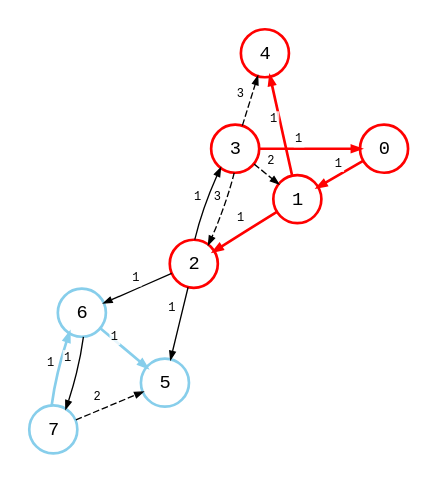
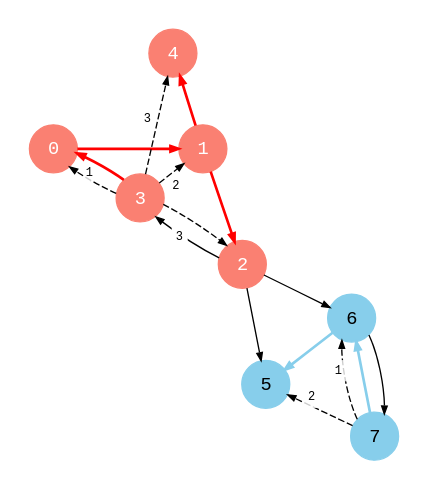
The diagram in src/bfs_dist_distances_multi_source_1-0.91.3.dot (bsdrks/graaf-images), drawn with Graphviz before and after one commit. The commit also changed 3 other files, not shown here.

```diff
--- a/src/bfs_dist_distances_multi_source_1-0.91.3.dot
+++ b/src/bfs_dist_distances_multi_source_1-0.91.3.dot
@@ -3,93 +3,118 @@
     edge [arrowsize=0.6, fontname="monospace", fontsize=9];
     layout=neato;
     mode="sgd";
-    maxiter=200000;
+    maxiter=500000;
     scale=1.2;
     normalize=true;
     pad=0.2;
-
-    3, 0, 1, 2, 4 [style="bold"; color=red];
-    7, 6, 5 [style=bold; color=skyblue];
 
     0 [
         label=<
             <table border="0" cellpadding="1" cellspacing="0">
                 <tr>
-                    <td bgcolor="#ffffffcc">0</td>
+                    <td>0</td>
                 </tr>
             </table>
         >,
-        color=red,
-        style=bold
+        fontcolor=white,
+        color=salmon,
+        style=filled
     ];
 
     1 [
         label=<
             <table border="0" cellpadding="1" cellspacing="0">
                 <tr>
-                    <td bgcolor="#ffffffcc">1</td>
+                    <td>1</td>
                 </tr>
             </table>
         >,
-        color=red,
-        style=bold
+        color=salmon,
+        fontcolor=white,
+        style=filled
     ];
 
     2 [
         label=<
             <table border="0" cellpadding="1" cellspacing="0">
                 <tr>
-                    <td bgcolor="#ffffffcc">2</td>
+                    <td>2</td>
                 </tr>
             </table>
         >,
+        color=salmon,
+        fontcolor=white,
+        style=filled
     ];
 
     3 [
         label=<
             <table border="0" cellpadding="1" cellspacing="0">
                 <tr>
-                    <td bgcolor="#ffffffcc">3</td>
+                    <td>3</td>
                 </tr>
             </table>
         >,
+        color=salmon,
+        fontcolor=white,
+        style=filled
     ];
 
     4 [
         label=<
             <table border="0" cellpadding="1" cellspacing="0">
                 <tr>
-                    <td bgcolor="#ffffffcc">4</td>
+                    <td>4</td>
                 </tr>
             </table>
         >,
+        color=salmon,
+        fontcolor=white,
+        style=filled
     ];
 
     5 [
         label=<
             <table border="0" cellpadding="1" cellspacing="0">
                 <tr>
-                    <td bgcolor="#ffffffcc">5</td>
+                    <td>5</td>
                 </tr>
             </table>
         >,
+        color=skyblue,
+        style=filled,
     ];
 
     6 [
         label=<
             <table border="0" cellpadding="1" cellspacing="0">
                 <tr>
-                    <td bgcolor="#ffffffcc">6</td>
+                    <td>6</td>
                 </tr>
             </table>
         >,
+        color=skyblue,
+        style=filled,
     ];
 
     7 [
         label=<
             <table border="0" cellpadding="1" cellspacing="0">
                 <tr>
-                    <td bgcolor="#ffffffcc">7</td>
+                    <td>7</td>
+                </tr>
+            </table>
+        >,
+        color=skyblue,
+        style=filled,
+    ];
+
+    3 -> 0 [
+        style="dashed, rounded";
+        label=<
+            <table border="0" cellpadding="1" cellspacing="1">
+                <tr>
+                    <td bgcolor="#ffffffcc">1</td>
                 </tr>
             </table>
         >,
@@ -98,13 +123,6 @@
     3 -> 0 [
         color=red;
         style=bold;
-        label=<
-            <table border="0" cellpadding="1" cellspacing="1">
-                <tr>
-                    <td bgcolor="#ffffffcc">1</td>
-                </tr>
-            </table>
-        >,
     ];
 
     3 -> 1 [
@@ -132,7 +150,7 @@
     3 -> 2 [
         style="dashed, rounded";
         label=<
-            <table border="0" cellpadding="1" cellspacing="0">
+            <table border="0" cellpadding="3" cellspacing="3">
                 <tr>
                     <td bgcolor="#ffffff">3</td>
                 </tr>
@@ -143,88 +161,54 @@
     0 -> 1 [
         color=red;
         style=bold;
+    ];
+
+    1 -> 2 [
+        color=red;
+        style=bold;
+    ];
+
+    1 -> 4 [
+        color=red;
+        style=bold;
+    ];
+
+    2 -> 3 [
+        color="#bbb";
+    ];
+
+    2 -> 5 [
+        color="#bbb";
+    ];
+
+    2 -> 6 [
+        color="#bbb";
+    ];
+
+    6 -> 5 [
+        color=skyblue;
+        style=bold;
+    ];
+
+    6 -> 7 [
+        color="#bbb";
+    ];
+
+    7 -> 5 [
+        style="dashed, rounded";
         label=<
-            <table border="0" cellpadding="1" cellspacing="0">
+            <table border="0" cellpadding="3" cellspacing="3">
                 <tr>
-                    <td bgcolor="#ffffffcc">1</td>
+                    <td bgcolor="#ffffffcc">2</td>
                 </tr>
             </table>
         >,
     ];
 
-    1 -> 2 [
-        color=red;
-        style=bold;
+    7 -> 6 [
+        style="dashed, rounded";
         label=<
-            <table border="0" cellpadding="1" cellspacing="2">
-                <tr>
-                    <td bgcolor="#ffffffcc">1</td>
-                </tr>
-            </table>
-        >,
-    ];
-
-    1 -> 4 [
-        color=red;
-        style=bold;
-        label=<
-            <table border="0" cellpadding="1" cellspacing="2">
-                <tr>
-                    <td bgcolor="#ffffffcc">1</td>
-                </tr>
-            </table>
-        >,
-    ];
-
-    2 -> 3 [
-        color="#bbb";
-        label=<
-            <table border="0" cellpadding="1" cellspacing="2">
-                <tr>
-                    <td bgcolor="#ffffffcc">1</td>
-                </tr>
-            </table>
-        >,
-    ];
-
-    2 -> 5 [
-        color="#bbb";
-        label=<
-            <table border="0" cellpadding="1" cellspacing="2">
-                <tr>
-                    <td bgcolor="#ffffffcc">1</td>
-                </tr>
-            </table>
-        >,
-    ];
-
-    2 -> 6 [
-        color="#bbb";
-        label=<
-            <table border="0" cellpadding="1" cellspacing="0">
-                <tr>
-                    <td bgcolor="#ffffffcc">1</td>
-                </tr>
-            </table>
-        >,
-    ];
-
-    6 -> 5 [
-        color=skyblue;
-        style=bold;
-        label=<
-            <table border="0" cellpadding="1" cellspacing="0">
-                <tr>
-                    <td bgcolor="#ffffffcc">1</td>
-                </tr>
-            </table>
-        >,
-    ];
-
-    6 -> 7 [
-        color="#bbb";
-        label=<
-            <table border="0" cellpadding="1" cellspacing="2">
+            <table border="0" cellpadding="3" cellspacing="2">
                 <tr>
                     <td bgcolor="#ffffffcc">1</td>
                 </tr>
@@ -235,23 +219,5 @@
     7 -> 6 [
         color=skyblue;
         style=bold;
-        label=<
-            <table border="0" cellpadding="1" cellspacing="2">
-                <tr>
-                    <td bgcolor="#ffffffcc">1</td>
-                </tr>
-            </table>
-        >,
-    ];
-
-    7 -> 5 [
-        style="dashed, rounded";
-        label=<
-            <table border="0" cellpadding="1" cellspacing="2">
-                <tr>
-                    <td bgcolor="#ffffffcc">2</td>
-                </tr>
-            </table>
-        >,
     ];
 }
```
